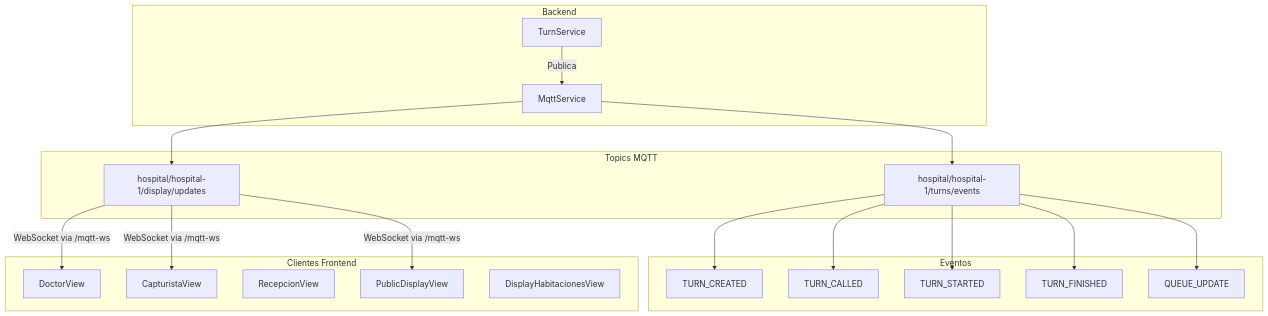
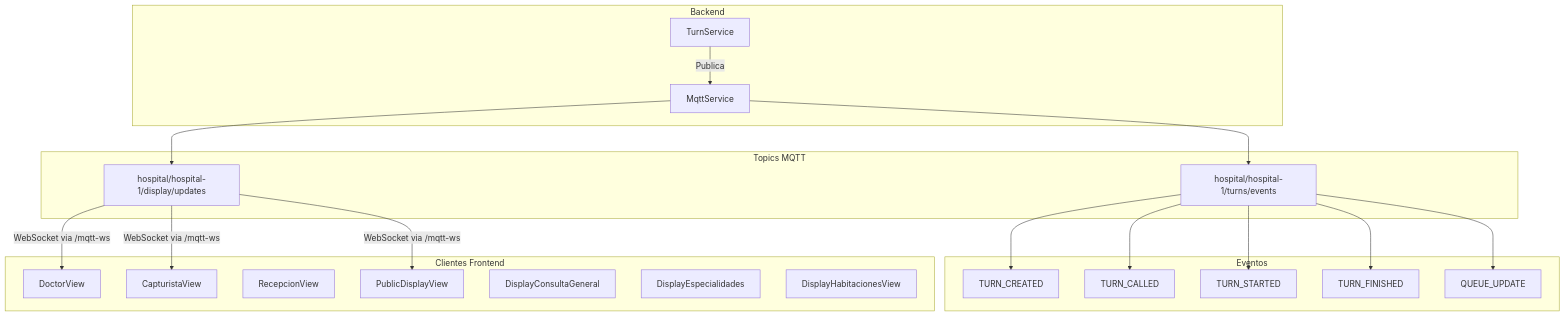
One commit to monroyhd/app-turnos changed the seventh of 23 diagrams in bitacora/diagrama.md. Above: the diagram before and after it, drawn with Mermaid. The commit also changed other lines of this file and 12 other files, not shown here.

````diff
--- a/bitacora/diagrama.md
+++ b/bitacora/diagrama.md
@@ -339,42 +341,44 @@
 ```mermaid
 flowchart TB
     subgraph Backend
         TS[TurnService]
         MS[MqttService]
     end
 
     subgraph Topics["Topics MQTT"]
         T1[hospital/hospital-1/turns/events]
         T2[hospital/hospital-1/display/updates]
     end
 
     subgraph Eventos
         E1[TURN_CREATED]
         E2[TURN_CALLED]
         E3[TURN_STARTED]
         E4[TURN_FINISHED]
         E5[QUEUE_UPDATE]
     end
 
     subgraph Clientes["Clientes Frontend"]
         Doc[DoctorView]
         Cap[CapturistaView]
         Recep[RecepcionView]
         Disp[PublicDisplayView]
+        DispCG[DisplayConsultaGeneral]
+        DispESP[DisplayEspecialidades]
         DispHB[DisplayHabitacionesView]
     end
 
     TS -->|Publica| MS
     MS --> T1
     MS --> T2
 
     T1 --> E1
     T1 --> E2
     T1 --> E3
     T1 --> E4
     T1 --> E5
 
     T2 -->|WebSocket via /mqtt-ws| Doc
     T2 -->|WebSocket via /mqtt-ws| Cap
     T2 -->|WebSocket via /mqtt-ws| Disp
 ```
````
